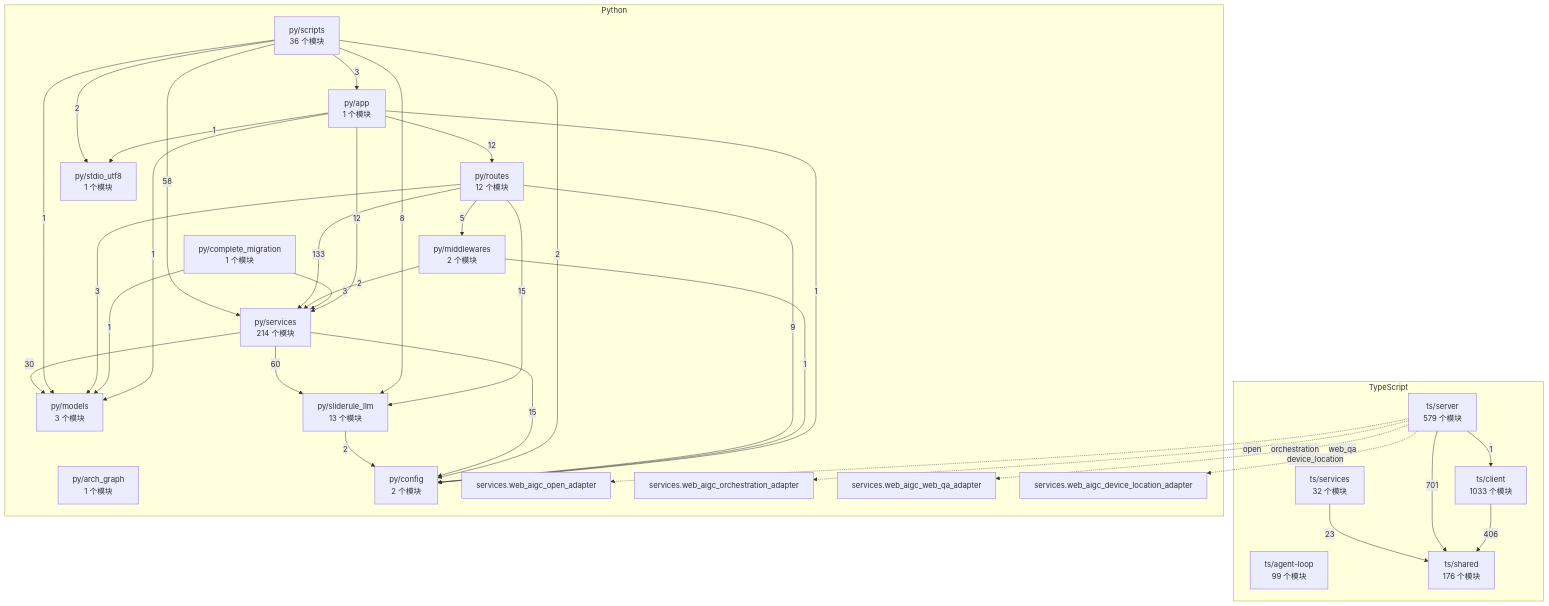
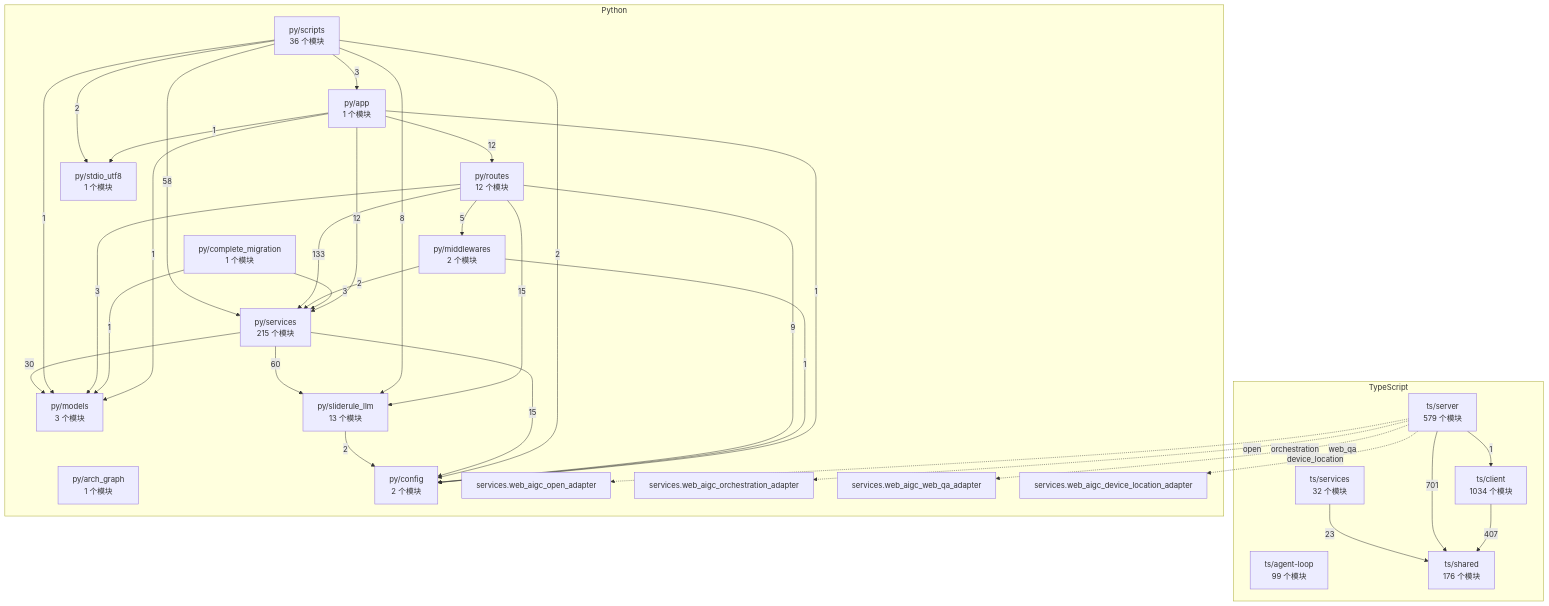
The diagram in docs/WhyBuddy 全仓架构图（自动生成）.md (2686521696/WhyBuddy), drawn with Mermaid before and after one commit. The commit also changed 10 other files, not shown here.

````diff
--- a/docs/WhyBuddy 全仓架构图（自动生成）.md
+++ b/docs/WhyBuddy 全仓架构图（自动生成）.md
@@ -14,59 +14,59 @@
 ```mermaid
 flowchart TB
   subgraph ts [TypeScript]
     ts_agent_loop["ts/agent-loop<br/>99 个模块"]
-    ts_client["ts/client<br/>1033 个模块"]
+    ts_client["ts/client<br/>1034 个模块"]
     ts_server["ts/server<br/>579 个模块"]
     ts_services["ts/services<br/>32 个模块"]
     ts_shared["ts/shared<br/>176 个模块"]
   end
   subgraph py [Python]
     py_app["py/app<br/>1 个模块"]
     py_arch_graph["py/arch_graph<br/>1 个模块"]
     py_complete_migration["py/complete_migration<br/>1 个模块"]
     py_config["py/config<br/>2 个模块"]
     py_middlewares["py/middlewares<br/>2 个模块"]
     py_models["py/models<br/>3 个模块"]
     py_routes["py/routes<br/>12 个模块"]
     py_scripts["py/scripts<br/>36 个模块"]
-    py_services["py/services<br/>214 个模块"]
+    py_services["py/services<br/>215 个模块"]
     py_sliderule_llm["py/sliderule_llm<br/>13 个模块"]
     py_stdio_utf8["py/stdio_utf8<br/>1 个模块"]
     py_services_web_aigc_open_adapter["services.web_aigc_open_adapter"]
     py_services_web_aigc_orchestration_adapter["services.web_aigc_orchestration_adapter"]
     py_services_web_aigc_web_qa_adapter["services.web_aigc_web_qa_adapter"]
     py_services_web_aigc_device_location_adapter["services.web_aigc_device_location_adapter"]
   end
-  ts_client -->|406| ts_shared
+  ts_client -->|407| ts_shared
   ts_server -->|1| ts_client
   ts_server -->|701| ts_shared
   ts_services -->|23| ts_shared
   py_app -->|1| py_config
   py_app -->|1| py_models
   py_app -->|12| py_routes
   py_app -->|12| py_services
   py_app -->|1| py_stdio_utf8
   py_complete_migration -->|1| py_models
   py_complete_migration -->|3| py_services
   py_middlewares -->|1| py_config
   py_middlewares -->|2| py_services
   py_routes -->|9| py_config
   py_routes -->|5| py_middlewares
   py_routes -->|3| py_models
   py_routes -->|133| py_services
   py_routes -->|15| py_sliderule_llm
   py_scripts -->|3| py_app
   py_scripts -->|2| py_config
   py_scripts -->|1| py_models
   py_scripts -->|58| py_services
   py_scripts -->|8| py_sliderule_llm
   py_scripts -->|2| py_stdio_utf8
   py_services -->|15| py_config
   py_services -->|30| py_models
   py_services -->|60| py_sliderule_llm
   py_sliderule_llm -->|2| py_config
   ts_server -.->|open| py_services_web_aigc_open_adapter
   ts_server -.->|orchestration| py_services_web_aigc_orchestration_adapter
   ts_server -.->|web_qa| py_services_web_aigc_web_qa_adapter
   ts_server -.->|device_location| py_services_web_aigc_device_location_adapter
 ```
````
